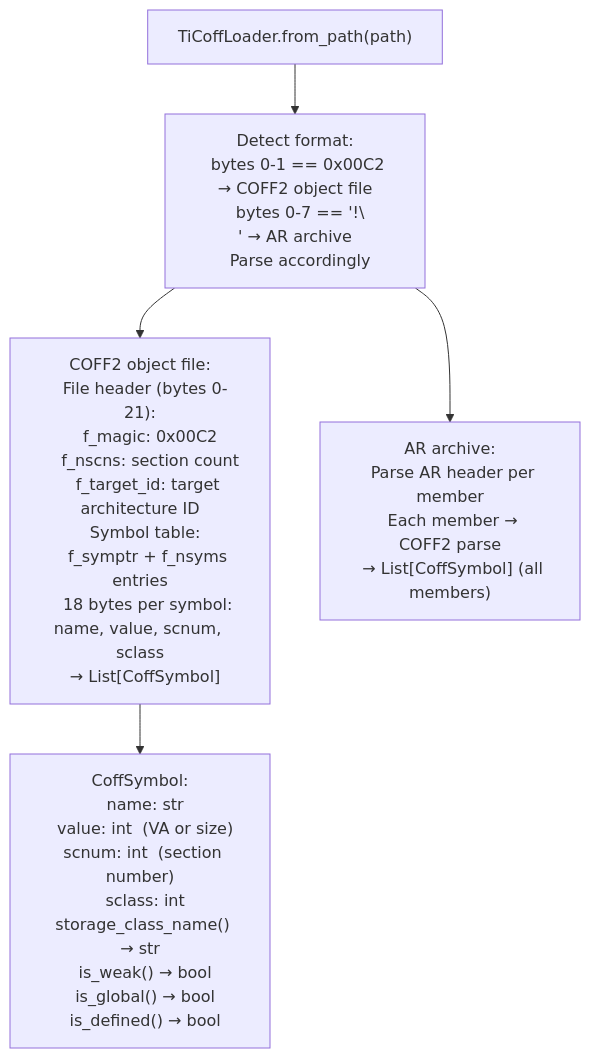
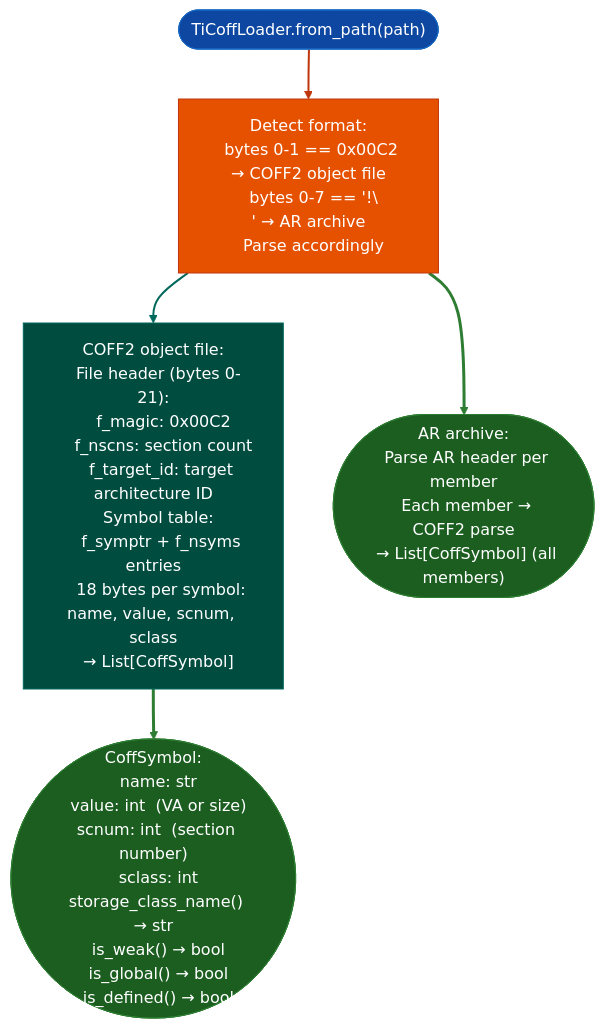
The diagram in docs/reference-modules/ti-coff-archive-loading.md (Ablation-Tool/ablation), drawn with Mermaid before and after one commit. The commit also changed 320 other files, not shown here.

First line of the commit message:
docs: apply canonical Mermaid template to all 321 diagrams

````diff
--- a/docs/reference-modules/ti-coff-archive-loading.md
+++ b/docs/reference-modules/ti-coff-archive-loading.md
@@ -19,7 +19,17 @@
 ```mermaid
 flowchart TD
-    A["TiCoffLoader.from_path(path)"] --> B["Detect format:\n  bytes 0-1 == 0x00C2 → COFF2 object file\n  bytes 0-7 == '!<arch>\\n' → AR archive\n  Parse accordingly"]
-    B --> C["COFF2 object file:\n  File header (bytes 0-21):\n    f_magic: 0x00C2\n    f_nscns: section count\n    f_target_id: target architecture ID\n  Symbol table:\n    f_symptr + f_nsyms entries\n    18 bytes per symbol: name, value, scnum, sclass\n  → List[CoffSymbol]"]
-    B --> D["AR archive:\n  Parse AR header per member\n  Each member → COFF2 parse\n  → List[CoffSymbol] (all members)"]
-    C --> E["CoffSymbol:\n  name: str\n  value: int  (VA or size)\n  scnum: int  (section number)\n  sclass: int\n  storage_class_name() → str\n  is_weak() → bool\n  is_global() → bool\n  is_defined() → bool"]
+    A(["TiCoffLoader.from_path(path)"]):::input --> B["Detect format:\n  bytes 0-1 == 0x00C2 → COFF2 object file\n  bytes 0-7 == '!<arch>\\n' → AR archive\n  Parse accordingly"]:::primary
+    B:::primary --> C["COFF2 object file:\n  File header (bytes 0-21):\n    f_magic: 0x00C2\n    f_nscns: section count\n    f_target_id: target architecture ID\n  Symbol table:\n    f_symptr + f_nsyms entries\n    18 bytes per symbol: name, value, scnum, sclass\n  → List[CoffSymbol]"]:::secondary
+    B:::primary --> D(["AR archive:\n  Parse AR header per member\n  Each member → COFF2 parse\n  → List[CoffSymbol] (all members)"]):::output
+    C:::secondary --> E(["CoffSymbol:\n  name: str\n  value: int  (VA or size)\n  scnum: int  (section number)\n  sclass: int\n  storage_class_name() → str\n  is_weak() → bool\n  is_global() → bool\n  is_defined() → bool"]):::output
+    classDef input     fill:#0d47a1,stroke:#1565c0,color:#fff
+    classDef primary   fill:#e65100,stroke:#bf360c,color:#fff
+    classDef secondary fill:#004d40,stroke:#00695c,color:#fff
+    classDef tertiary  fill:#4a148c,stroke:#6a1b9a,color:#fff
+    classDef neutral   fill:#37474f,stroke:#546e7a,color:#fff
+    classDef output    fill:#1b5e20,stroke:#2e7d32,color:#fff
+    linkStyle 0 stroke:#bf360c,stroke-width:2px
+    linkStyle 1 stroke:#00695c,stroke-width:2px
+    linkStyle 2 stroke:#2e7d32,stroke-width:3px
+    linkStyle 3 stroke:#2e7d32,stroke-width:3px
 ```
````
